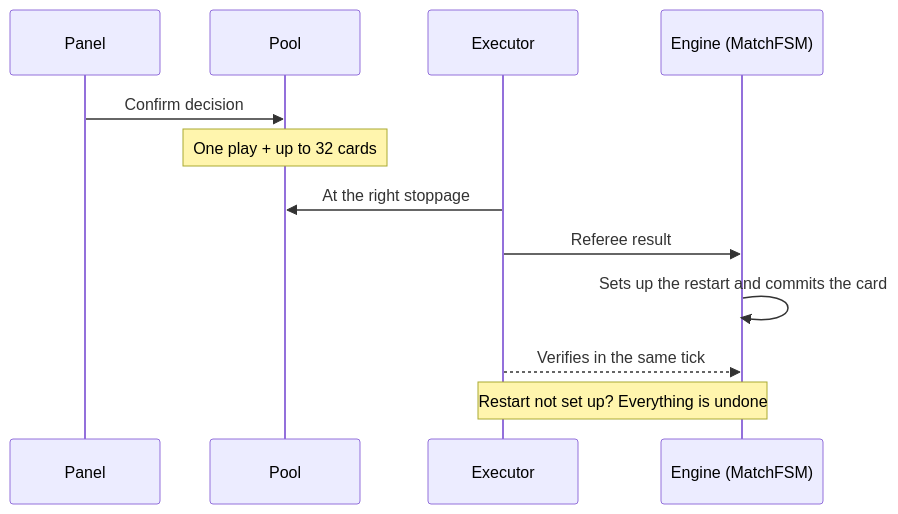
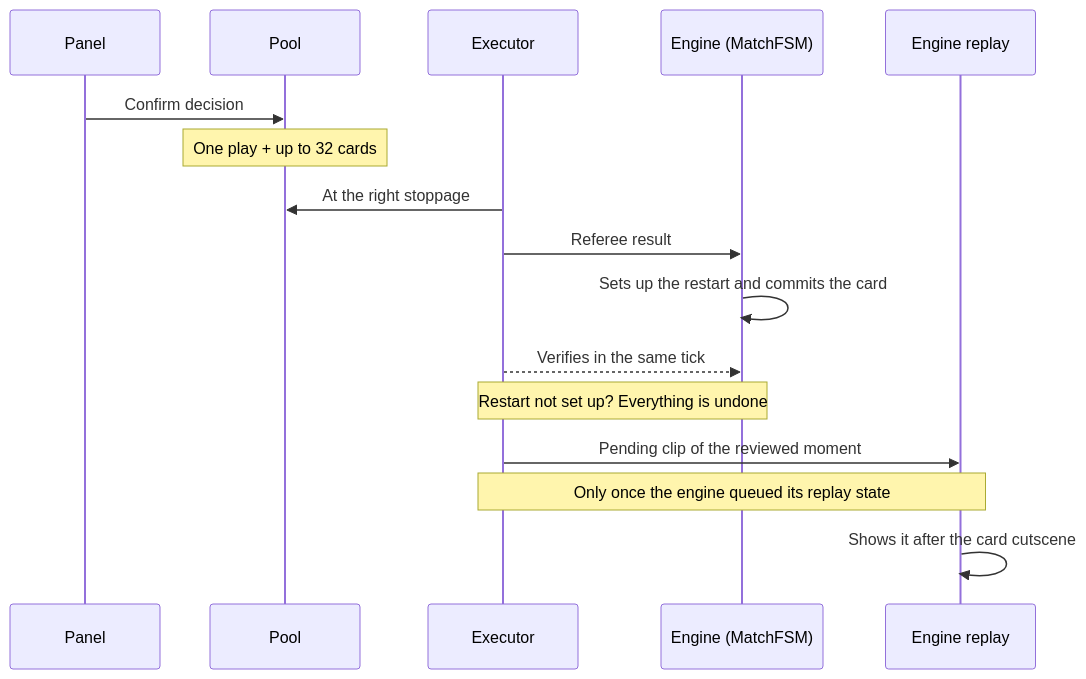
The second of 2 diagrams in README.md (Joao-Spala/pes21-var-mod), drawn with Mermaid before and after one commit. The commit also changed other lines of this file and 22 other files, not shown here.

````diff
--- a/README.md
+++ b/README.md
@@ -145,14 +179,18 @@
 ```mermaid
 sequenceDiagram
     participant P as Panel
     participant Pool as Pool
     participant X as Executor
     participant E as Engine (MatchFSM)
+    participant R as Engine replay
     P->>Pool: Confirm decision
     Note over Pool: One play + up to 32 cards
     X->>Pool: At the right stoppage
     X->>E: Referee result
     E->>E: Sets up the restart and commits the card
     X-->>E: Verifies in the same tick
     Note over X,E: Restart not set up? Everything is undone
+    X->>R: Pending clip of the reviewed moment
+    Note over X,R: Only once the engine queued its replay state
+    R->>R: Shows it after the card cutscene
 ```
````
